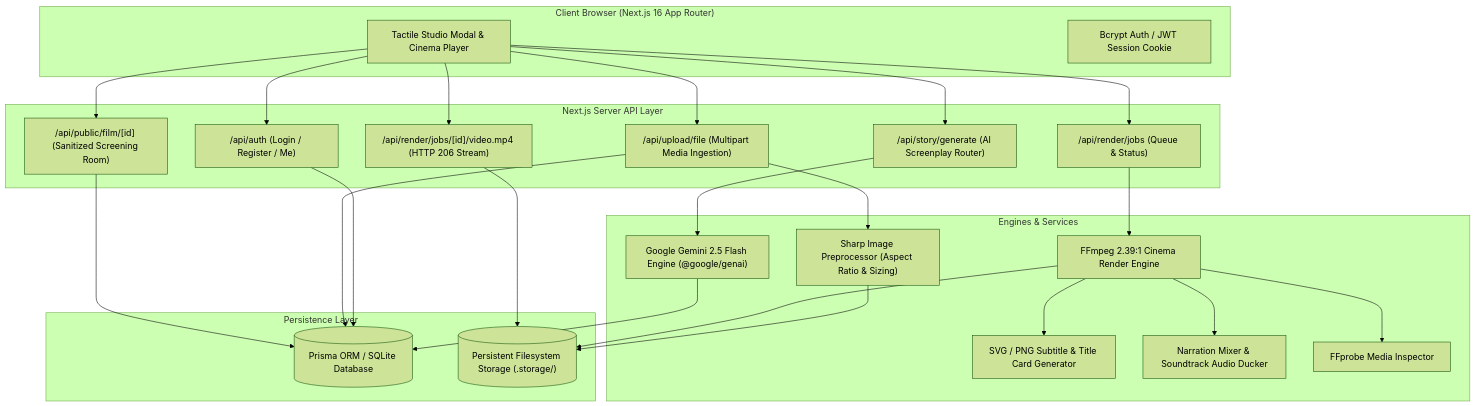
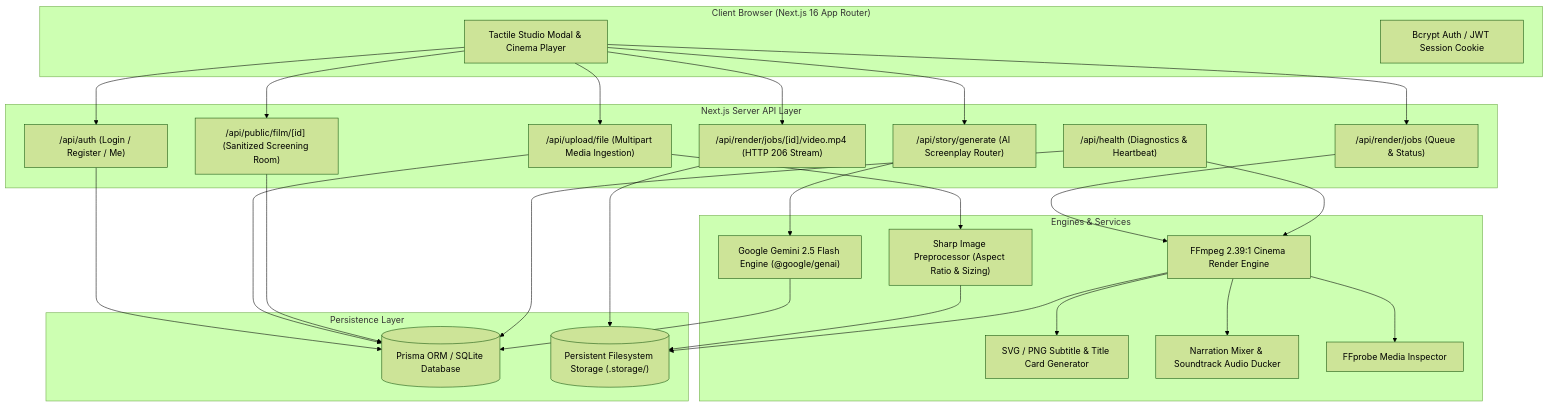
One commit to suvendukungfu/life-movie-ai changed the diagram in README.md. Above: the diagram before and after it, drawn with Mermaid (forest theme). The commit also changed other lines of this file and 6 other files, not shown here.

````diff
--- a/README.md
+++ b/README.md
@@ -24,49 +46,52 @@
 ```mermaid
 flowchart TD
     subgraph Client ["Client Browser (Next.js 16 App Router)"]
         UI["Tactile Studio Modal & Cinema Player"]
         AUTH_UI["Bcrypt Auth / JWT Session Cookie"]
     end
 
     subgraph API ["Next.js Server API Layer"]
         AUTH_API["/api/auth (Login / Register / Me)"]
         UPLOAD_API["/api/upload/file (Multipart Media Ingestion)"]
         STORY_API["/api/story/generate (AI Screenplay Router)"]
         RENDER_API["/api/render/jobs (Queue & Status)"]
         STREAM_API["/api/render/jobs/[id]/video.mp4 (HTTP 206 Stream)"]
         PUBLIC_API["/api/public/film/[id] (Sanitized Screening Room)"]
+        HEALTH_API["/api/health (Diagnostics & Heartbeat)"]
     end
 
     subgraph Core ["Engines & Services"]
         GEMINI["Google Gemini 2.5 Flash Engine (@google/genai)"]
         SHARP["Sharp Image Preprocessor (Aspect Ratio & Sizing)"]
         SUBTITLE["SVG / PNG Subtitle & Title Card Generator"]
         AUDIO["Narration Mixer & Soundtrack Audio Ducker"]
         FFMPEG["FFmpeg 2.39:1 Cinema Render Engine"]
         FFPROBE["FFprobe Media Inspector"]
     end
 
     subgraph Storage ["Persistence Layer"]
         SQLITE[("Prisma ORM / SQLite Database")]
         FILESYSTEM[("Persistent Filesystem Storage (.storage/)")]
     end
 
     UI --> AUTH_API
     UI --> UPLOAD_API
     UI --> STORY_API
     UI --> RENDER_API
     UI --> STREAM_API
     UI --> PUBLIC_API
 
     AUTH_API --> SQLITE
     UPLOAD_API --> SHARP --> FILESYSTEM
     UPLOAD_API --> SQLITE
     STORY_API --> GEMINI --> SQLITE
     RENDER_API --> FFMPEG
     FFMPEG --> SUBTITLE
     FFMPEG --> AUDIO
     FFMPEG --> FFPROBE
     FFMPEG --> FILESYSTEM
     STREAM_API --> FILESYSTEM
     PUBLIC_API --> SQLITE
+    HEALTH_API --> SQLITE
+    HEALTH_API --> FFMPEG
 ```
````
